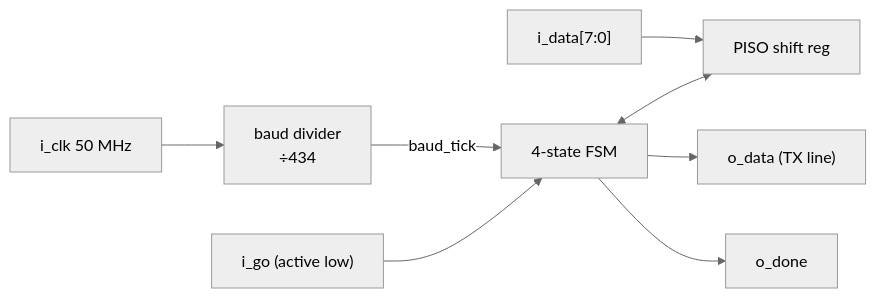
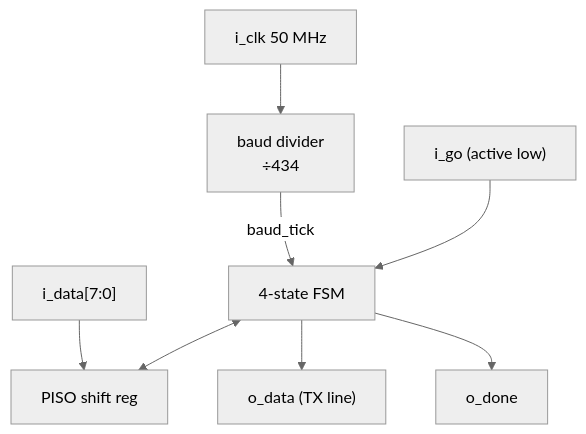
The first of 2 diagrams in README.md (spaceadler/UART_TX), drawn with Mermaid (neutral theme) before and after one commit. The commit also changed other lines of this file and 1 other file, not shown here.

````diff
--- a/README.md
+++ b/README.md
@@ -15,10 +15,10 @@
 ```mermaid
-flowchart LR
+flowchart TB
     clk["i_clk 50 MHz"] --> div["baud divider<br/>÷434"]
     div -->|"baud_tick"| fsm["4-state FSM"]
     go["i_go (active low)"] --> fsm
     data["i_data[7:0]"] --> sh["PISO shift reg"]
     fsm <--> sh
     fsm --> tx["o_data (TX line)"]
     fsm --> done["o_done"]
 ```
````
